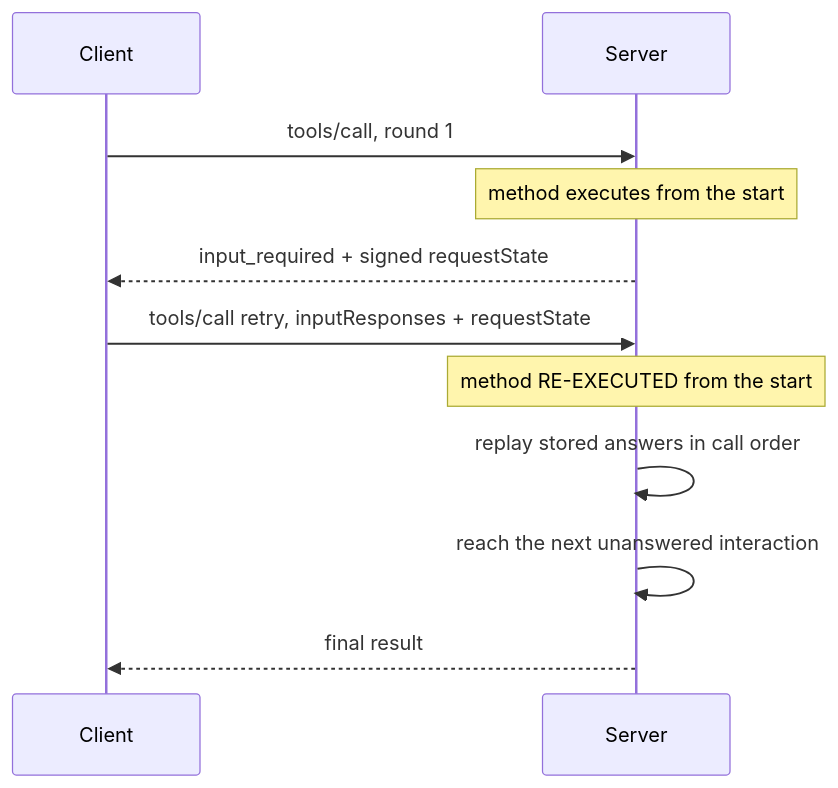
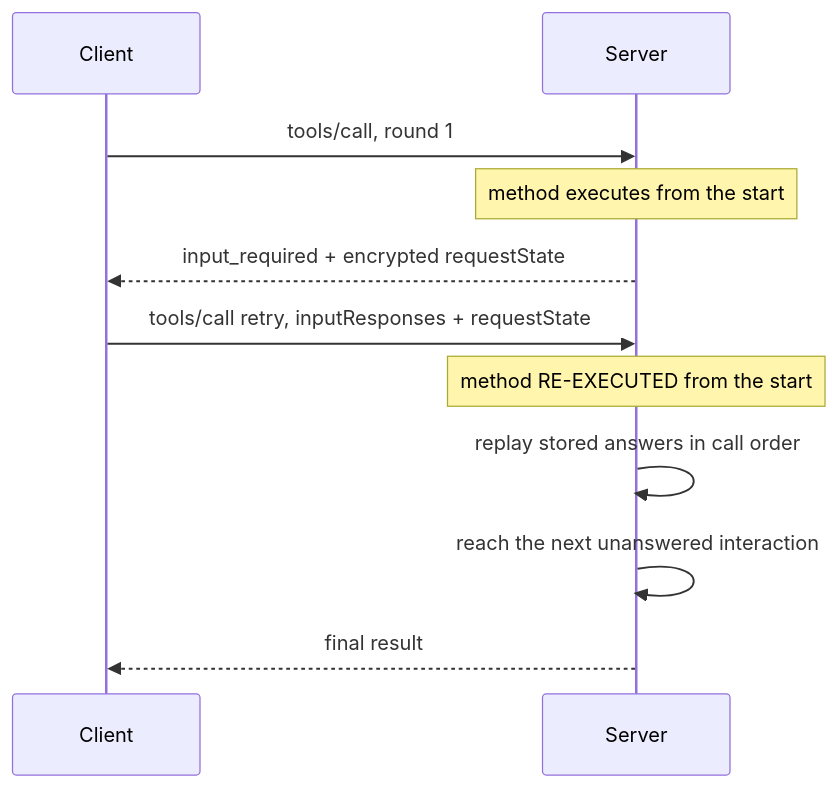
Before and after one commit to yblazart/langchain4j-cdi: the fourth of 6 diagrams in langchain4j-cdi-mcp/README.md, drawn with Mermaid. The commit also changed other lines of this file and 2 other files, not shown here.

First line of the commit message:
docs(mcp): the encrypted request state, maxSessions and maxContinuations, and an up-to-date site page

````diff
--- a/langchain4j-cdi-mcp/README.md
+++ b/langchain4j-cdi-mcp/README.md
@@ -593,13 +593,13 @@
 ```mermaid
 sequenceDiagram
     participant Client
     participant Server
     Client->>Server: tools/call, round 1
     Note over Server: method executes from the start
-    Server-->>Client: input_required + signed requestState
+    Server-->>Client: input_required + encrypted requestState
     Client->>Server: tools/call retry, inputResponses + requestState
     Note over Server: method RE-EXECUTED from the start
     Server->>Server: replay stored answers in call order
     Server->>Server: reach the next unanswered interaction
     Server-->>Client: final result
 ```
````
